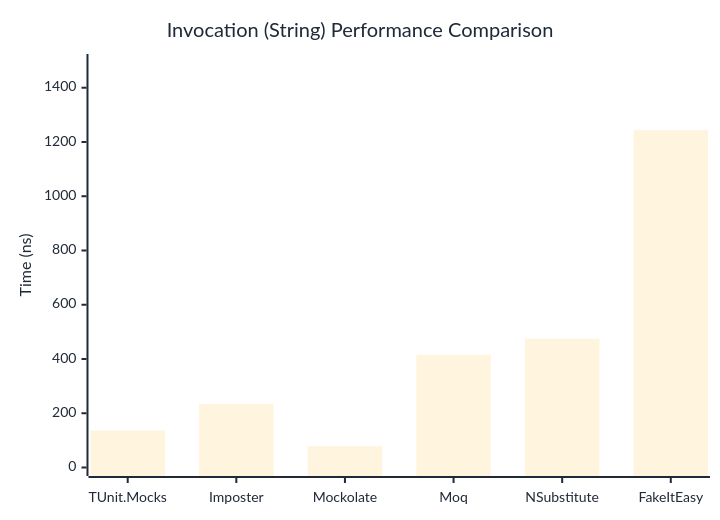
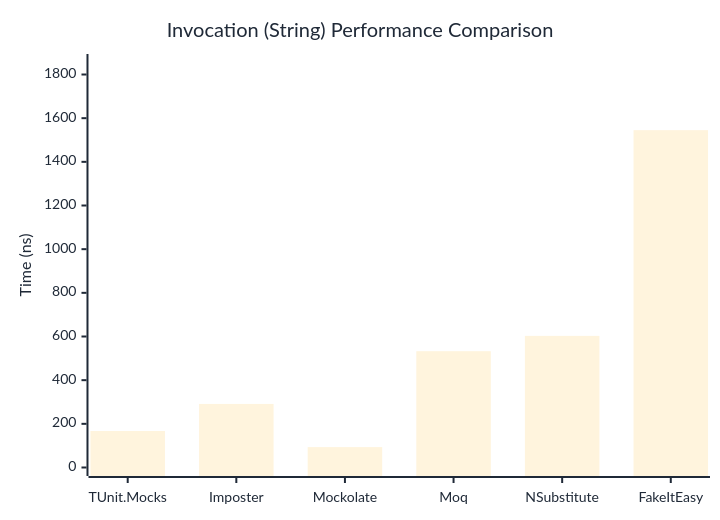
One commit to thomhurst/TUnit changed the second of 3 diagrams in docs/docs/benchmarks/mocks/Invocation.md. Above: the diagram before and after it, drawn with Mermaid. The commit also changed other lines of this file and 14 other files, not shown here.

````diff
--- a/docs/docs/benchmarks/mocks/Invocation.md
+++ b/docs/docs/benchmarks/mocks/Invocation.md
@@ -71,27 +71,27 @@
 ```mermaid
 %%{init: {
   'theme':'base',
   'themeVariables': {
     'primaryColor': '#2563eb',
     'primaryTextColor': '#1f2937',
     'primaryBorderColor': '#1e40af',
     'lineColor': '#6b7280',
     'secondaryColor': '#7c3aed',
     'tertiaryColor': '#dc2626',
     'background': '#ffffff',
     'pie1': '#2563eb',
     'pie2': '#7c3aed',
     'pie3': '#dc2626',
     'pie4': '#f59e0b',
     'pie5': '#10b981',
     'pie6': '#06b6d4',
     'pie7': '#ec4899',
     'pie8': '#6366f1'
   }
 }}%%
 xychart-beta
   title "Invocation (String) Performance Comparison"
   x-axis ["TUnit.Mocks", "Imposter", "Mockolate", "Moq", "NSubstitute", "FakeItEasy"]
-  y-axis "Time (ns)" 0 --> 1493
-  bar [136.38, 234.68, 78.21, 415.86, 475.04, 1243.63]
+  y-axis "Time (ns)" 0 --> 1855
+  bar [167.11, 291.19, 93.41, 532.7, 602.82, 1545.15]
 ```
````
